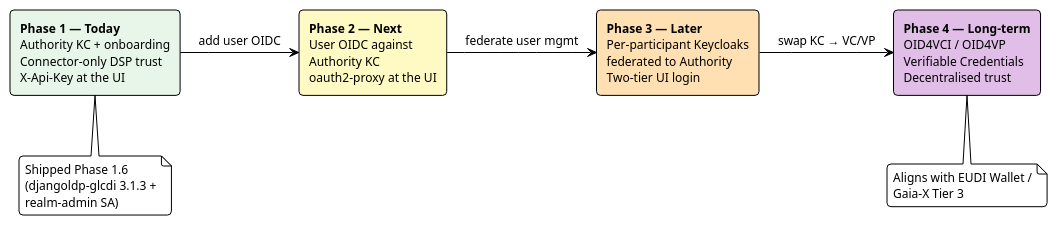
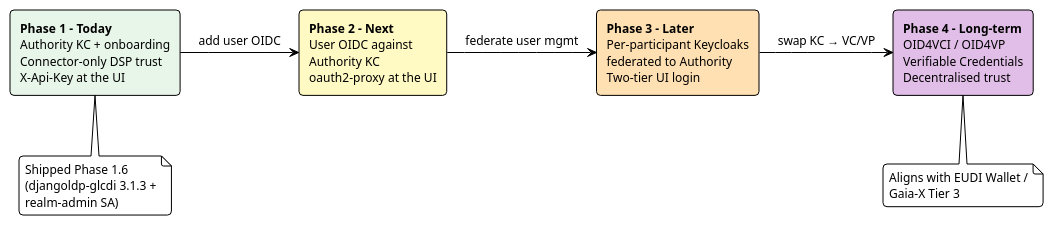
The first of 11 diagrams in AUTHENTICATION.md (glcdi/documentation), drawn with PlantUML before and after one commit. The commit also changed other lines of this file and 80 other files, not shown here.

Commit message:
update: add a dedicated architecture.md doc file

````diff
--- a/AUTHENTICATION.md
+++ b/AUTHENTICATION.md
@@ -23,19 +23,19 @@
 ```plantuml
 @startuml
 !theme plain
 skinparam defaultFontSize 12
 skinparam roundcorner 8
 
-rectangle "**Phase 1 — Today**\nAuthority KC + onboarding\nConnector-only DSP trust\nX-Api-Key at the UI" as P1 #E8F5E9
-rectangle "**Phase 2 — Next**\nUser OIDC against\nAuthority KC\noauth2-proxy at the UI" as P2 #FFF9C4
-rectangle "**Phase 3 — Later**\nPer-participant Keycloaks\nfederated to Authority\nTwo-tier UI login" as P3 #FFE0B2
-rectangle "**Phase 4 — Long-term**\nOID4VCI / OID4VP\nVerifiable Credentials\nDecentralised trust" as P4 #E1BEE7
+rectangle "**Phase 1 - Today**\nAuthority KC + onboarding\nConnector-only DSP trust\nX-Api-Key at the UI" as P1 #E8F5E9
+rectangle "**Phase 2 - Next**\nUser OIDC against\nAuthority KC\noauth2-proxy at the UI" as P2 #FFF9C4
+rectangle "**Phase 3 - Later**\nPer-participant Keycloaks\nfederated to Authority\nTwo-tier UI login" as P3 #FFE0B2
+rectangle "**Phase 4 - Long-term**\nOID4VCI / OID4VP\nVerifiable Credentials\nDecentralised trust" as P4 #E1BEE7
 
 P1 -right-> P2 : add user OIDC
 P2 -right-> P3 : federate user mgmt
 P3 -right-> P4 : swap KC → VC/VP
 
 note bottom of P1 : Shipped Phase 1.6\n(djangoldp-glcdi 3.1.3 +\nrealm-admin SA)
 note bottom of P4 : Aligns with EUDI Wallet /\nGaia-X Tier 3
 @enduml
 ```
````
